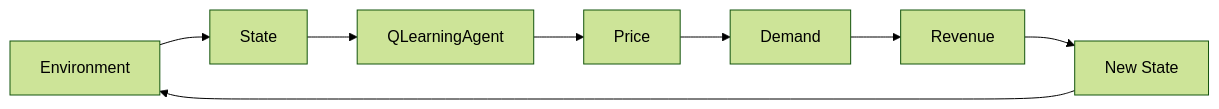
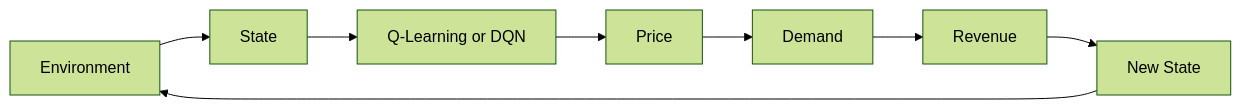
Before and after one commit to lucasmoffatt/ticket-sales-rl: the diagram in README.md, drawn with Mermaid (forest theme). The commit also changed other lines of this file and 17 other files, not shown here.

````diff
--- a/README.md
+++ b/README.md
@@ -15,10 +22,10 @@
 ```mermaid
 flowchart LR
     Env[Environment] --> State[State]
-    State --> Agent[QLearningAgent]
+    State --> Agent[Q-Learning or DQN]
     Agent --> Price[Price]
     Price --> Demand[Demand]
     Demand --> Revenue[Revenue]
     Revenue --> NewState[New State]
     NewState --> Env
 ```
````
